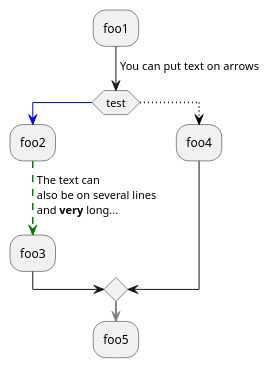
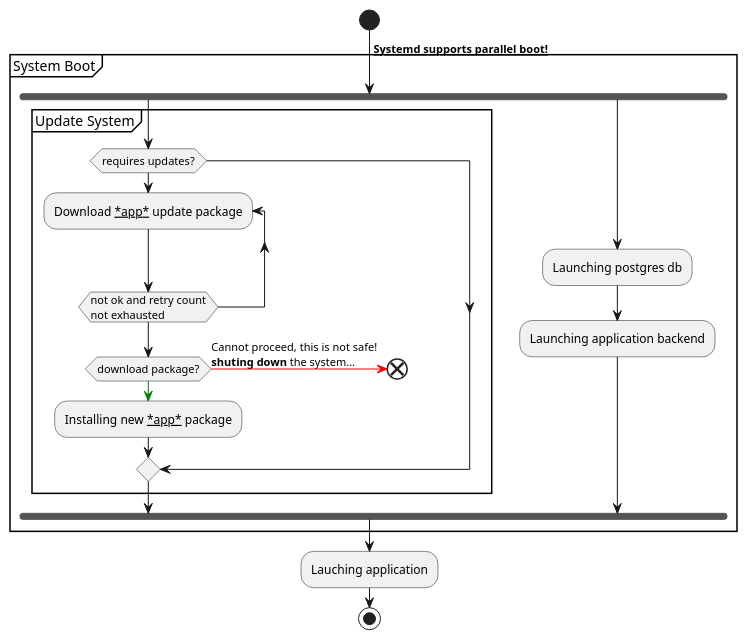
Before and after one commit to jraygauthier/jrg-slides-plantuml: the fourth of 8 diagrams in slides-05-types-uml.fr.md, drawn with PlantUML. The commit also changed other lines of this file and 1 other file, not shown here.

````diff
--- a/slides-05-types-uml.fr.md
+++ b/slides-05-types-uml.fr.md
@@ -39,19 +94,29 @@
 ```{.plantuml .column-split}
 @startuml
-:foo1;
--> You can put text on arrows;
-if (test) then
-  -[#blue]->
-  :foo2;
-  -[#green,dashed]-> The text can
-  also be on several lines
-  and **very** long...;
-  :foo3;
-else
-  -[#black,dotted]->
-  :foo4;
-endif
--[#gray,bold]->
-:foo5;
+start
+-> <u>**Systemd supports parallel boot!**</u>;
+partition "System Boot" {
+  fork
+    partition "Update System" {
+      if (requires updates?) then
+        repeat :Download <u>*app*</u> update package;
+        repeat while (not ok and retry count\nnot exhausted)
+        if (download package?) then
+          -[#green]->
+          :Installing new <u>*app*</u> package;
+        else
+          -[#red]-> Cannot proceed, this is not safe!
+          **shuting down** the system...;
+          end
+        endif
+      endif
+    }
+  fork again
+    :Launching postgres db;
+    :Launching application backend;
+  end fork
+}
+:Lauching application;
+stop
 @enduml
 ```
````
